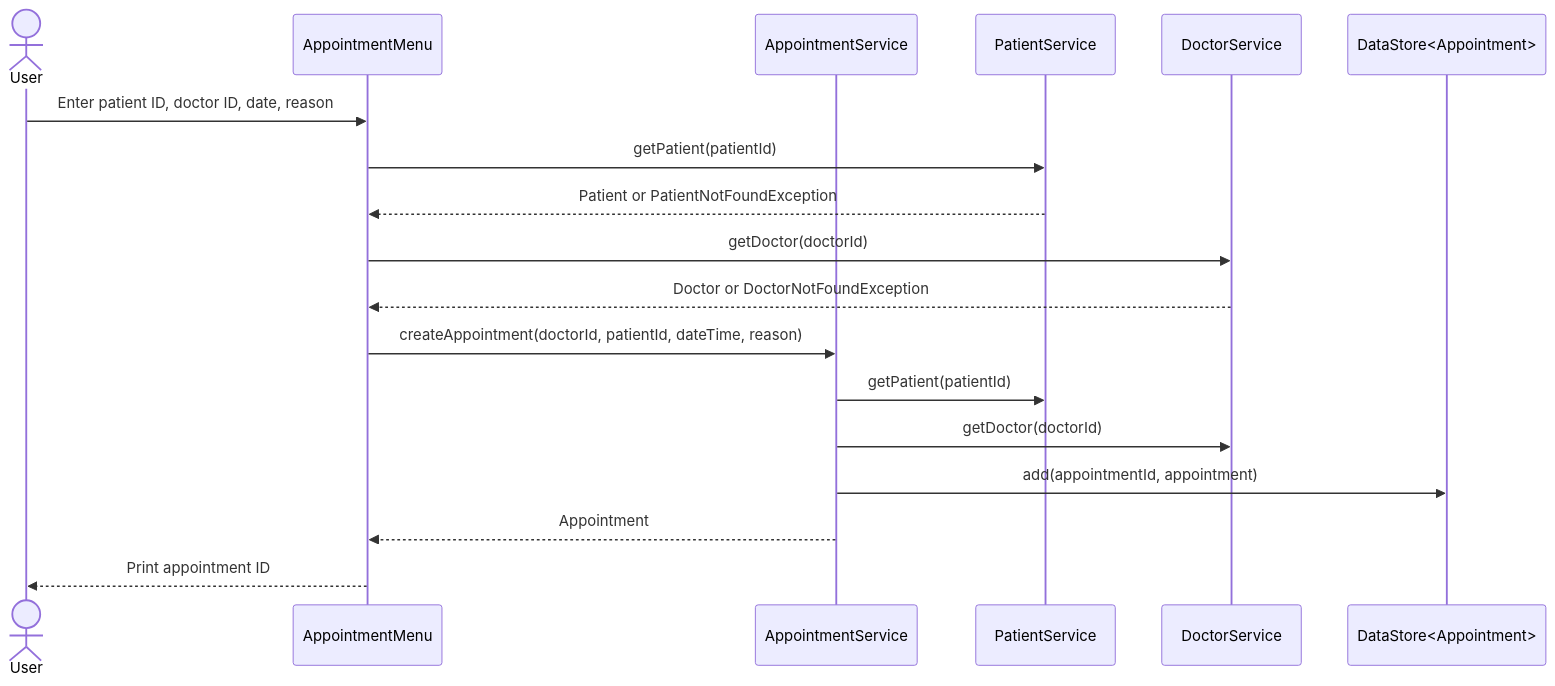
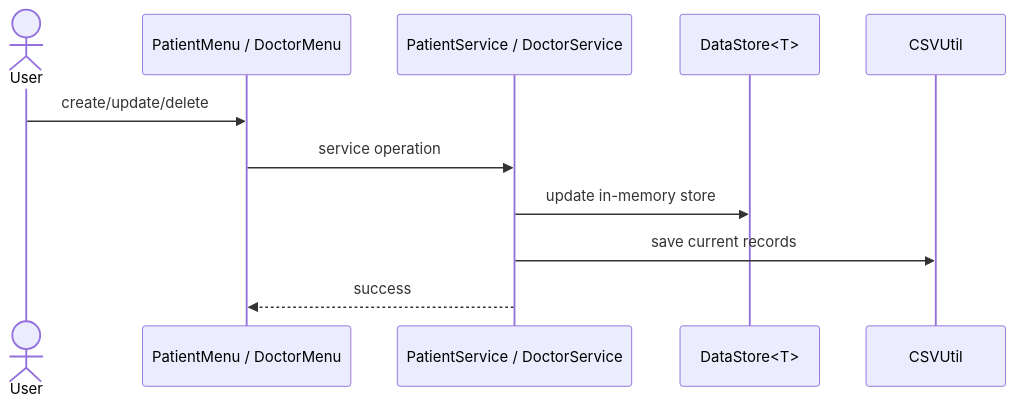
Before and after one commit to Garvit360/Airtribe-Meditrack: the fourth of 6 diagrams in docs/system-design-diagram.md, drawn with Mermaid. The commit also changed other lines of this file and 2 other files, not shown here.

````diff
--- a/docs/system-design-diagram.md
+++ b/docs/system-design-diagram.md
@@ -139,21 +118,14 @@
 ```mermaid
 sequenceDiagram
     actor User
-    participant Menu as AppointmentMenu
-    participant AppointmentService
-    participant PatientService
-    participant DoctorService
-    participant Store as DataStore<Appointment>
+    participant Menu as PatientMenu / DoctorMenu
+    participant Service as PatientService / DoctorService
+    participant Store as DataStore<T>
+    participant CSV as CSVUtil
 
-    User->>Menu: Enter patient ID, doctor ID, date, reason
-    Menu->>PatientService: getPatient(patientId)
-    PatientService-->>Menu: Patient or PatientNotFoundException
-    Menu->>DoctorService: getDoctor(doctorId)
-    DoctorService-->>Menu: Doctor or DoctorNotFoundException
-    Menu->>AppointmentService: createAppointment(doctorId, patientId, dateTime, reason)
-    AppointmentService->>PatientService: getPatient(patientId)
-    AppointmentService->>DoctorService: getDoctor(doctorId)
-    AppointmentService->>Store: add(appointmentId, appointment)
-    AppointmentService-->>Menu: Appointment
-    Menu-->>User: Print appointment ID
+    User->>Menu: create/update/delete
+    Menu->>Service: service operation
+    Service->>Store: update in-memory store
+    Service->>CSV: save current records
+    Service-->>Menu: success
 ```
````
